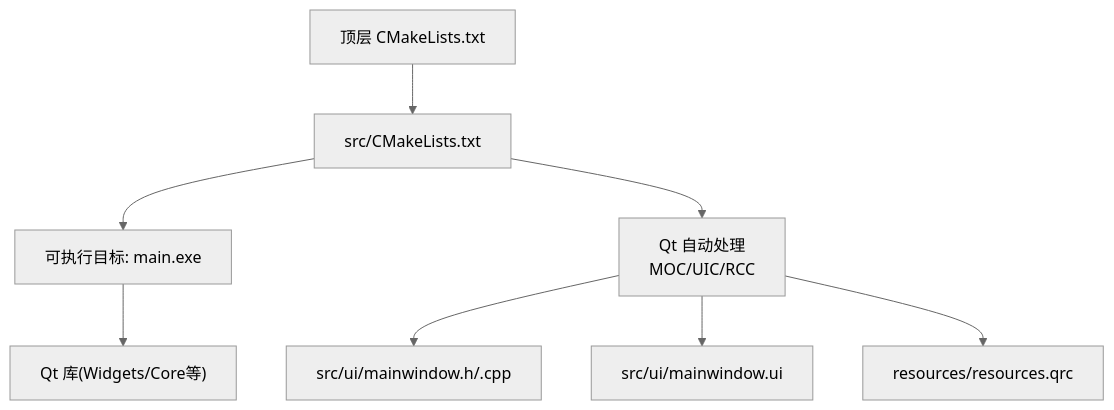
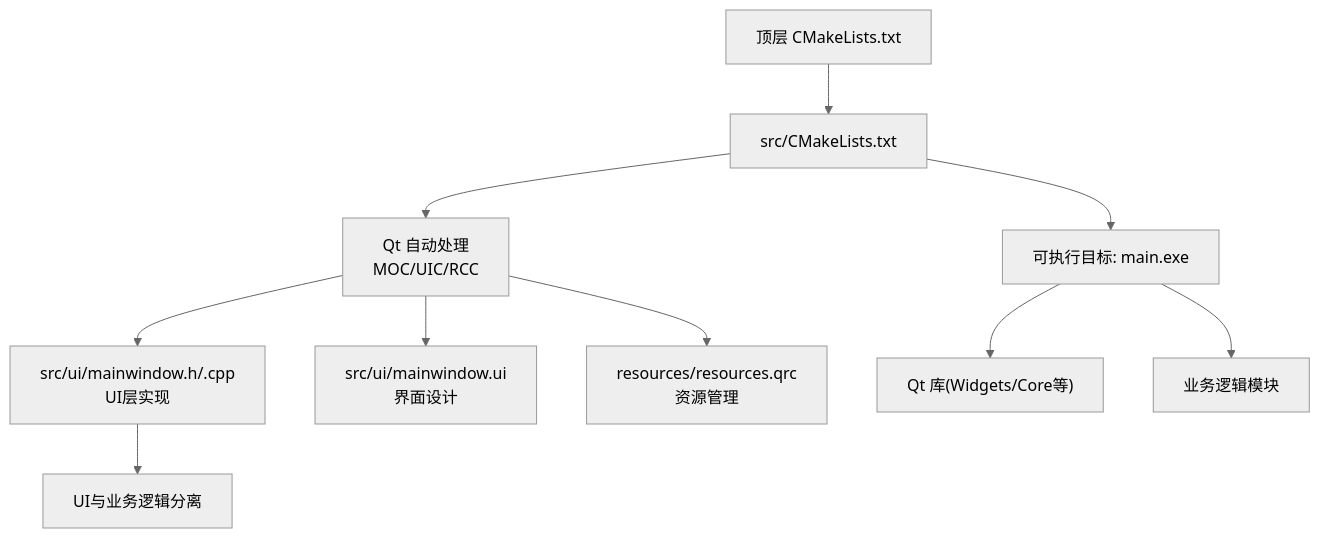
The first of 4 diagrams in .qoder/repowiki/zh/content/构建和部署/构建流程.md (jakecai1225-design/OpenBus), drawn with Mermaid (neutral theme) before and after one commit. The commit also changed other lines of this file and 29 other files, not shown here.

````diff
--- a/.qoder/repowiki/zh/content/构建和部署/构建流程.md
+++ b/.qoder/repowiki/zh/content/构建和部署/构建流程.md
@@ -43,10 +52,12 @@
 ```mermaid
 graph TB
 A["顶层 CMakeLists.txt"] --> B["src/CMakeLists.txt"]
 B --> C["可执行目标: main.exe"]
 B --> D["Qt 自动处理<br/>MOC/UIC/RCC"]
-D --> E["src/ui/mainwindow.h/.cpp"]
-D --> F["src/ui/mainwindow.ui"]
-D --> G["resources/resources.qrc"]
+D --> E["src/ui/mainwindow.h/.cpp<br/>UI层实现"]
+D --> F["src/ui/mainwindow.ui<br/>界面设计"]
+D --> G["resources/resources.qrc<br/>资源管理"]
 C --> H["Qt 库(Widgets/Core等)"]
+C --> I["业务逻辑模块"]
+E --> J["UI与业务逻辑分离"]
 ```
````
